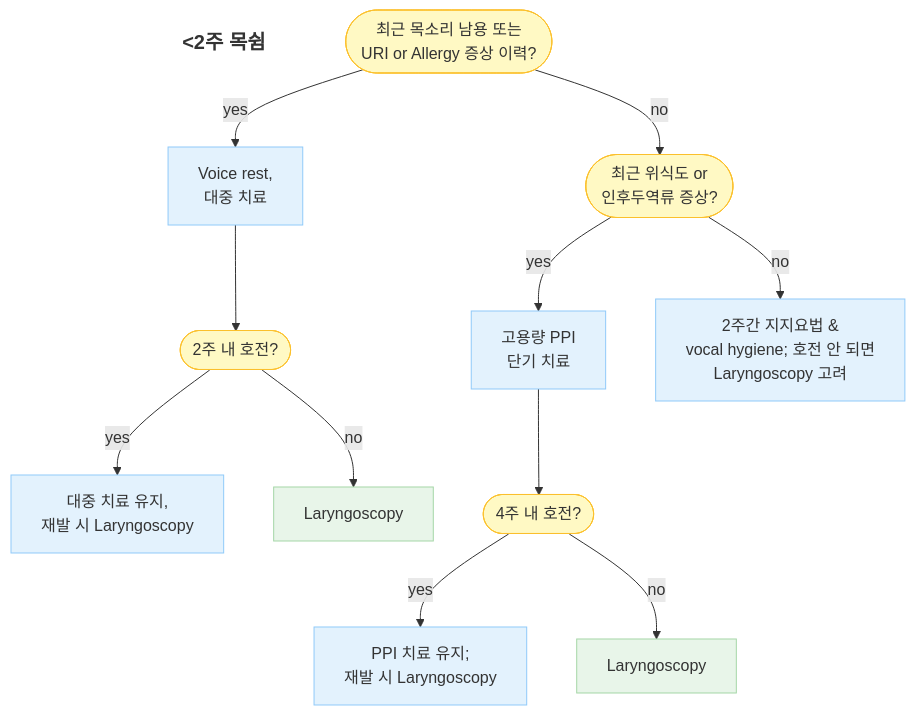
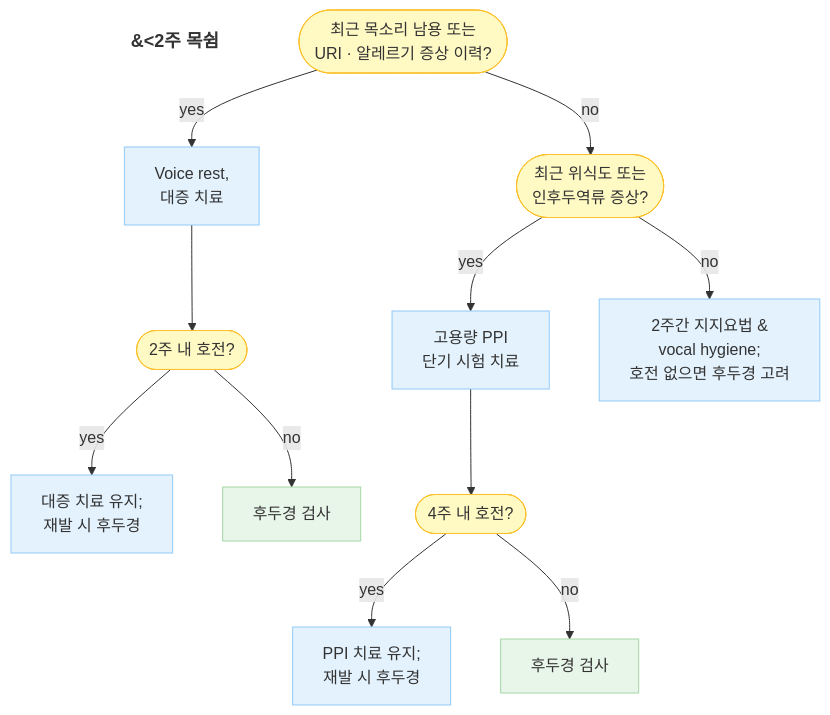
Before and after one commit to familyoh77/familyoh77: the first of 2 diagrams in 222_/058_-hoarseness.md, drawn with Mermaid. The commit also changed other lines of this file, not shown here.

````diff
--- a/222_/058_-hoarseness.md
+++ b/222_/058_-hoarseness.md
@@ -61,30 +90,29 @@
 ```mermaid
 graph TD
-    Title[<b><2주 목쉼</b>] 
-    style Title fill:none,stroke:none,font-size:20px
+    Title[<b>&#60;2주 목쉼</b>]
+    style Title fill:none,stroke:none,font-size:18px
 
-    Start([최근 목소리 남용 또는<br/>URI or Allergy 증상 이력?])
-    
-    Start -- yes --> A[Voice rest,<br/>대중 치료]
-    Start -- no --> B([최근 위식도 or<br/>인후두역류 증상?])
-    
+    Start([최근 목소리 남용 또는<br/>URI · 알레르기 증상 이력?])
+
+    Start -- yes --> A[Voice rest,<br/>대증 치료]
+    Start -- no --> B([최근 위식도 또는<br/>인후두역류 증상?])
+
     A --> A1([2주 내 호전?])
-    A1 -- yes --> A2[대중 치료 유지,<br/>재발 시 Laryngoscopy]
-    A1 -- no --> A3[Laryngoscopy]
-    
-    B -- yes --> C[고용량 PPI<br/>단기 치료]
-    B -- no --> D[2주간 지지요법 &<br/>vocal hygiene; 호전 안 되면<br/>Laryngoscopy 고려]
-    
+    A1 -- yes --> A2[대증 치료 유지;<br/>재발 시 후두경]
+    A1 -- no --> A3[후두경 검사]
+
+    B -- yes --> C[고용량 PPI<br/>단기 시험 치료]
+    B -- no --> D[2주간 지지요법 &<br/>vocal hygiene;<br/>호전 없으면 후두경 고려]
+
     C --> C1([4주 내 호전?])
-    C1 -- yes --> C2[PPI 치료 유지;<br/>재발 시 Laryngoscopy]
-    C1 -- no --> C3[Laryngoscopy]
+    C1 -- yes --> C2[PPI 치료 유지;<br/>재발 시 후두경]
+    C1 -- no --> C3[후두경 검사]
 
-    %% 스타일 설정
     classDef yellow fill:#FFF9C4,stroke:#FBC02D;
     classDef blue fill:#E3F2FD,stroke:#90CAF9;
     classDef green fill:#E8F5E9,stroke:#A5D6A7;
-    
+
     class Start,B,A1,C1 yellow;
     class A,A2,C,C2,D blue;
     class A3,C3 green;
 ```
````
